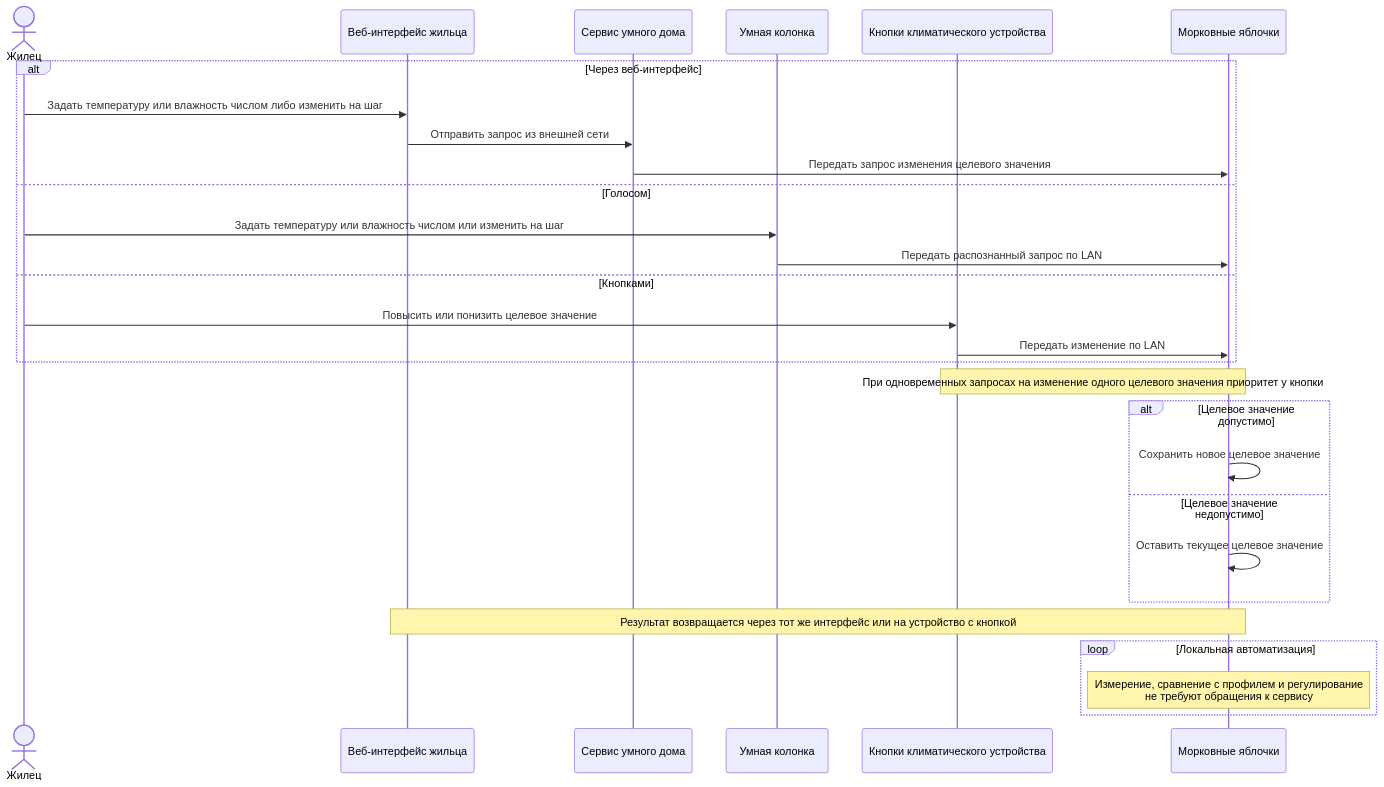
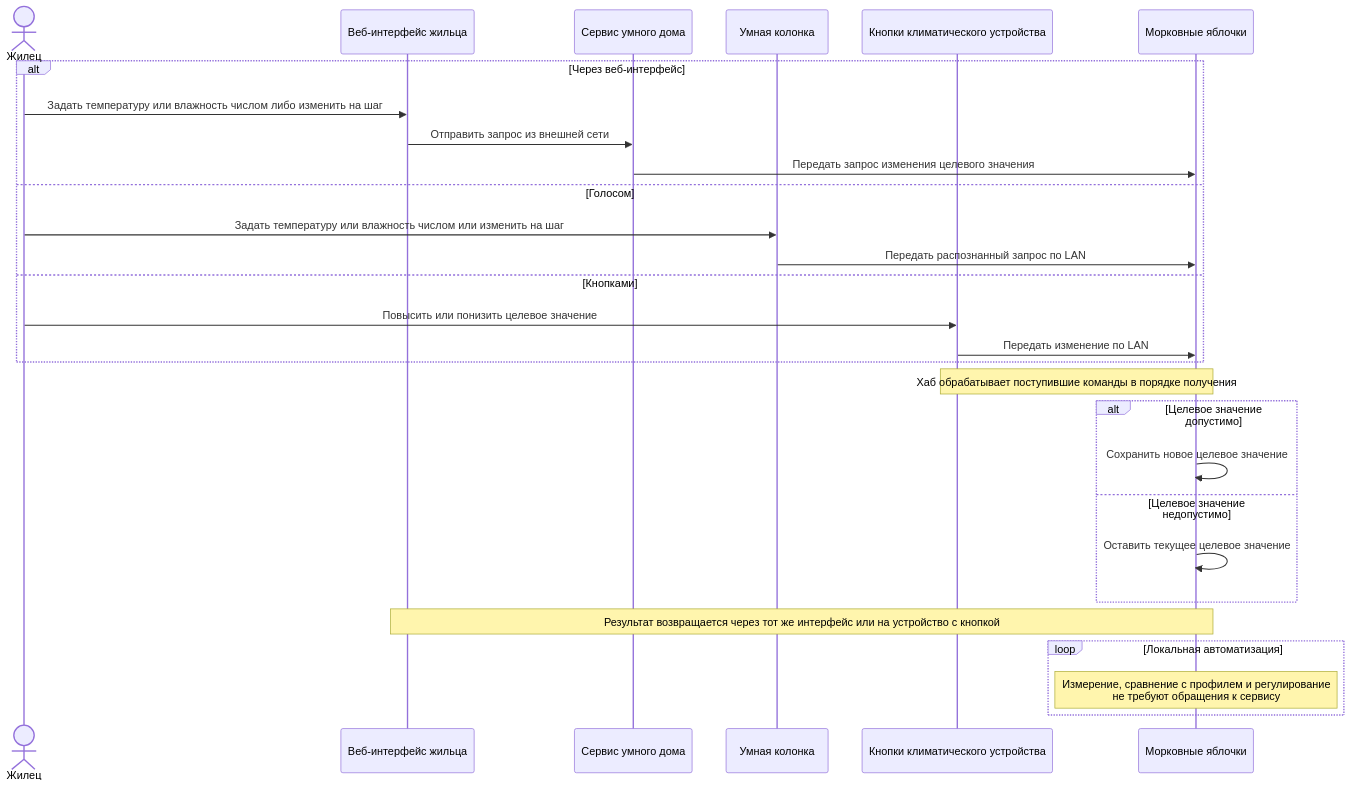
Before and after one commit to BPLA-Team/carrot-apples: the diagram in customer_side/base_scenarios/S01_CLIMATE.md, drawn with Mermaid. The commit also changed 5 other files, not shown here.

````diff
--- a/customer_side/base_scenarios/S01_CLIMATE.md
+++ b/customer_side/base_scenarios/S01_CLIMATE.md
@@ -3,30 +3,30 @@
 ```mermaid
 sequenceDiagram
     actor R as Жилец
     participant W as Веб-интерфейс жильца
     participant S as Сервис умного дома
     participant K as Умная колонка
     participant B as Кнопки климатического устройства
     participant H as Морковные яблочки
     alt Через веб-интерфейс
         R->>W: Задать температуру или влажность числом либо изменить на шаг
         W->>S: Отправить запрос из внешней сети
         S->>H: Передать запрос изменения целевого значения
     else Голосом
         R->>K: Задать температуру или влажность числом или изменить на шаг
         K->>H: Передать распознанный запрос по LAN
     else Кнопками
         R->>B: Повысить или понизить целевое значение
         B->>H: Передать изменение по LAN
     end
-    Note over B,H: При одновременных запросах на изменение одного целевого значения приоритет у кнопки
+    Note over B,H: Хаб обрабатывает поступившие команды в порядке получения
     alt Целевое значение допустимо
         H->>H: Сохранить новое целевое значение
     else Целевое значение недопустимо
         H->>H: Оставить текущее целевое значение
     end
     Note over W,H: Результат возвращается через тот же интерфейс или на устройство с кнопкой
     loop Локальная автоматизация
         Note over H: Измерение, сравнение с профилем и регулирование<br/>не требуют обращения к сервису
     end
 ```
````
